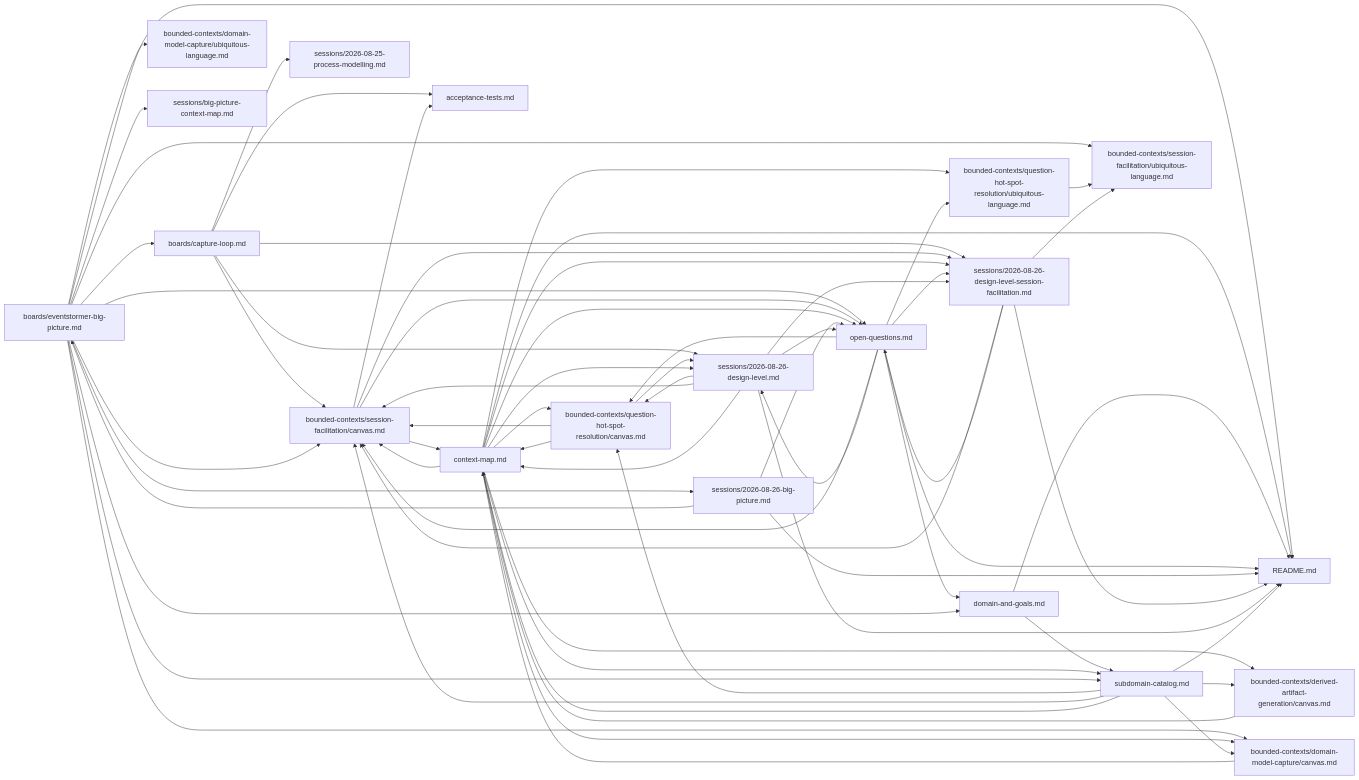
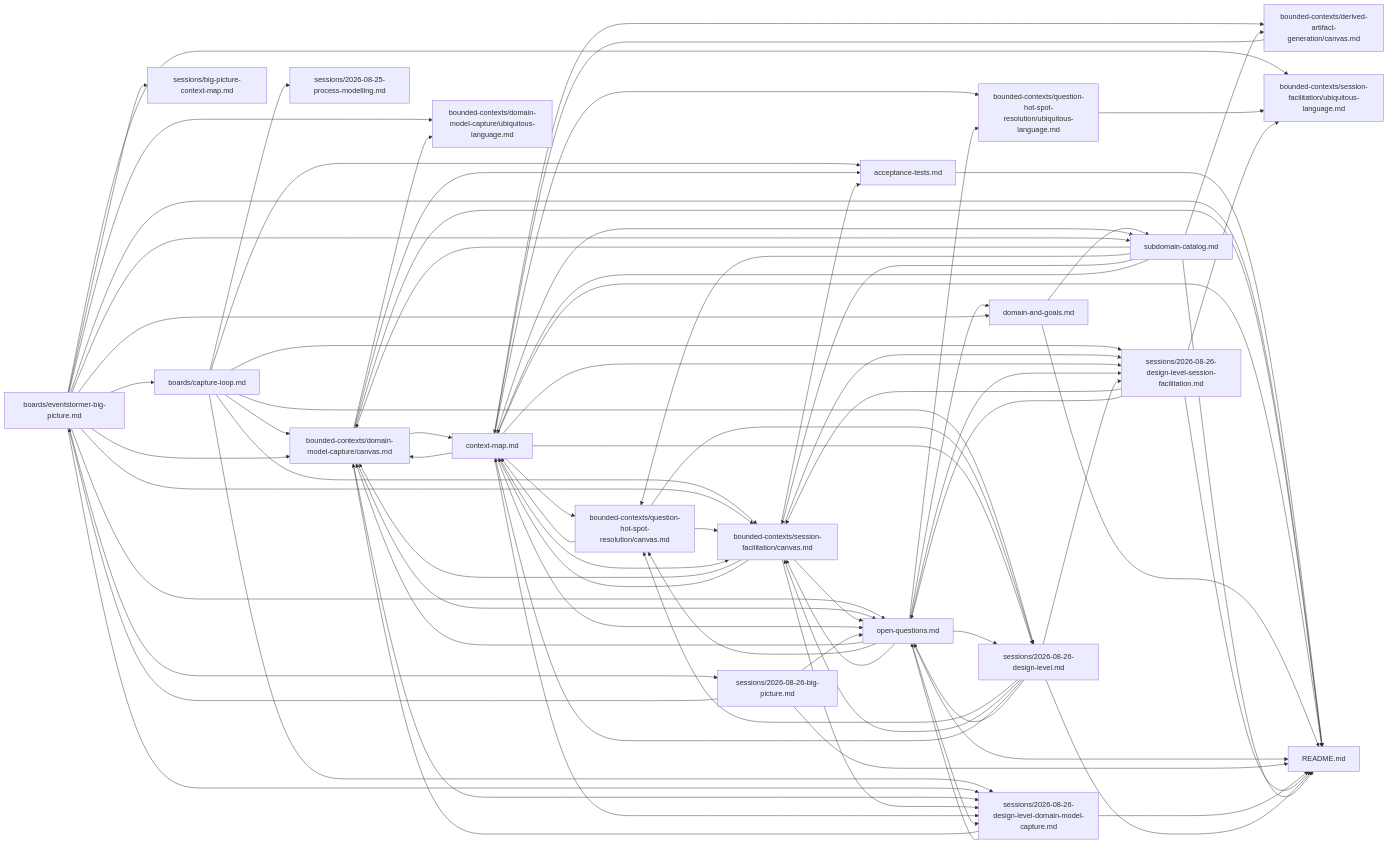
Before and after one commit to vinialbano/eventstormer: the diagram in docs/domain/README.md, drawn with Mermaid. The commit also changed other lines of this file and 8 other files, not shown here.

First line of the commit message:
docs: Design-Level EventStorming on Domain Model Capture (#7)

````diff
--- a/docs/domain/README.md
+++ b/docs/domain/README.md
@@ -199,23 +238,32 @@
 ```mermaid
 graph LR
+  acceptance_tests_md["acceptance-tests.md"] --> README_md["README.md"]
   boards_eventstormer_big_picture_md["boards/eventstormer-big-picture.md"] --> README_md["README.md"]
+  bounded_contexts_domain_model_capture_canvas_md["bounded-contexts/domain-model-capture/canvas.md"] --> README_md["README.md"]
   context_map_md["context-map.md"] --> README_md["README.md"]
   domain_and_goals_md["domain-and-goals.md"] --> README_md["README.md"]
   open_questions_md["open-questions.md"] --> README_md["README.md"]
   sessions_2026_08_26_big_picture_md["sessions/2026-08-26-big-picture.md"] --> README_md["README.md"]
+  sessions_2026_08_26_design_level_domain_model_capture_md["sessions/2026-08-26-design-level-domain-model-capture.md"] --> README_md["README.md"]
   sessions_2026_08_26_design_level_session_facilitation_md["sessions/2026-08-26-design-level-session-facilitation.md"] --> README_md["README.md"]
   sessions_2026_08_26_design_level_md["sessions/2026-08-26-design-level.md"] --> README_md["README.md"]
   subdomain_catalog_md["subdomain-catalog.md"] --> README_md["README.md"]
   boards_capture_loop_md["boards/capture-loop.md"] --> acceptance_tests_md["acceptance-tests.md"]
+  bounded_contexts_domain_model_capture_canvas_md["bounded-contexts/domain-model-capture/canvas.md"] --> acceptance_tests_md["acceptance-tests.md"]
   bounded_contexts_session_facilitation_canvas_md["bounded-contexts/session-facilitation/canvas.md"] --> acceptance_tests_md["acceptance-tests.md"]
   boards_eventstormer_big_picture_md["boards/eventstormer-big-picture.md"] --> boards_capture_loop_md["boards/capture-loop.md"]
   sessions_2026_08_26_big_picture_md["sessions/2026-08-26-big-picture.md"] --> boards_eventstormer_big_picture_md["boards/eventstormer-big-picture.md"]
   context_map_md["context-map.md"] --> bounded_contexts_derived_artifact_generation_canvas_md["bounded-contexts/derived-artifact-generation/canvas.md"]
   subdomain_catalog_md["subdomain-catalog.md"] --> bounded_contexts_derived_artifact_generation_canvas_md["bounded-contexts/derived-artifact-generation/canvas.md"]
+  boards_capture_loop_md["boards/capture-loop.md"] --> bounded_contexts_domain_model_capture_canvas_md["bounded-contexts/domain-model-capture/canvas.md"]
   boards_eventstormer_big_picture_md["boards/eventstormer-big-picture.md"] --> bounded_contexts_domain_model_capture_canvas_md["bounded-contexts/domain-model-capture/canvas.md"]
+  bounded_contexts_session_facilitation_canvas_md["bounded-contexts/session-facilitation/canvas.md"] --> bounded_contexts_domain_model_capture_canvas_md["bounded-contexts/domain-model-capture/canvas.md"]
   context_map_md["context-map.md"] --> bounded_contexts_domain_model_capture_canvas_md["bounded-contexts/domain-model-capture/canvas.md"]
+  open_questions_md["open-questions.md"] --> bounded_contexts_domain_model_capture_canvas_md["bounded-contexts/domain-model-capture/canvas.md"]
+  sessions_2026_08_26_design_level_domain_model_capture_md["sessions/2026-08-26-design-level-domain-model-capture.md"] --> bounded_contexts_domain_model_capture_canvas_md["bounded-contexts/domain-model-capture/canvas.md"]
   subdomain_catalog_md["subdomain-catalog.md"] --> bounded_contexts_domain_model_capture_canvas_md["bounded-contexts/domain-model-capture/canvas.md"]
   boards_eventstormer_big_picture_md["boards/eventstormer-big-picture.md"] --> bounded_contexts_domain_model_capture_ubiquitous_language_md["bounded-contexts/domain-model-capture/ubiquitous-language.md"]
+  bounded_contexts_domain_model_capture_canvas_md["bounded-contexts/domain-model-capture/canvas.md"] --> bounded_contexts_domain_model_capture_ubiquitous_language_md["bounded-contexts/domain-model-capture/ubiquitous-language.md"]
   context_map_md["context-map.md"] --> bounded_contexts_question_hot_spot_resolution_canvas_md["bounded-contexts/question-hot-spot-resolution/canvas.md"]
   open_questions_md["open-questions.md"] --> bounded_contexts_question_hot_spot_resolution_canvas_md["bounded-contexts/question-hot-spot-resolution/canvas.md"]
   sessions_2026_08_26_design_level_md["sessions/2026-08-26-design-level.md"] --> bounded_contexts_question_hot_spot_resolution_canvas_md["bounded-contexts/question-hot-spot-resolution/canvas.md"]
@@ -242,13 +290,21 @@
   open_questions_md["open-questions.md"] --> domain_and_goals_md["domain-and-goals.md"]
   boards_eventstormer_big_picture_md["boards/eventstormer-big-picture.md"] --> domain_and_goals_md["domain-and-goals.md"]
   boards_eventstormer_big_picture_md["boards/eventstormer-big-picture.md"] --> open_questions_md["open-questions.md"]
+  bounded_contexts_domain_model_capture_canvas_md["bounded-contexts/domain-model-capture/canvas.md"] --> open_questions_md["open-questions.md"]
   bounded_contexts_session_facilitation_canvas_md["bounded-contexts/session-facilitation/canvas.md"] --> open_questions_md["open-questions.md"]
   context_map_md["context-map.md"] --> open_questions_md["open-questions.md"]
   sessions_2026_08_26_big_picture_md["sessions/2026-08-26-big-picture.md"] --> open_questions_md["open-questions.md"]
+  sessions_2026_08_26_design_level_domain_model_capture_md["sessions/2026-08-26-design-level-domain-model-capture.md"] --> open_questions_md["open-questions.md"]
   sessions_2026_08_26_design_level_session_facilitation_md["sessions/2026-08-26-design-level-session-facilitation.md"] --> open_questions_md["open-questions.md"]
   sessions_2026_08_26_design_level_md["sessions/2026-08-26-design-level.md"] --> open_questions_md["open-questions.md"]
   boards_capture_loop_md["boards/capture-loop.md"] --> sessions_2026_08_25_process_modelling_md["sessions/2026-08-25-process-modelling.md"]
   boards_eventstormer_big_picture_md["boards/eventstormer-big-picture.md"] --> sessions_2026_08_26_big_picture_md["sessions/2026-08-26-big-picture.md"]
+  boards_capture_loop_md["boards/capture-loop.md"] --> sessions_2026_08_26_design_level_domain_model_capture_md["sessions/2026-08-26-design-level-domain-model-capture.md"]
+  boards_eventstormer_big_picture_md["boards/eventstormer-big-picture.md"] --> sessions_2026_08_26_design_level_domain_model_capture_md["sessions/2026-08-26-design-level-domain-model-capture.md"]
+  bounded_contexts_domain_model_capture_canvas_md["bounded-contexts/domain-model-capture/canvas.md"] --> sessions_2026_08_26_design_level_domain_model_capture_md["sessions/2026-08-26-design-level-domain-model-capture.md"]
+  bounded_contexts_session_facilitation_canvas_md["bounded-contexts/session-facilitation/canvas.md"] --> sessions_2026_08_26_design_level_domain_model_capture_md["sessions/2026-08-26-design-level-domain-model-capture.md"]
+  context_map_md["context-map.md"] --> sessions_2026_08_26_design_level_domain_model_capture_md["sessions/2026-08-26-design-level-domain-model-capture.md"]
+  open_questions_md["open-questions.md"] --> sessions_2026_08_26_design_level_domain_model_capture_md["sessions/2026-08-26-design-level-domain-model-capture.md"]
   boards_capture_loop_md["boards/capture-loop.md"] --> sessions_2026_08_26_design_level_session_facilitation_md["sessions/2026-08-26-design-level-session-facilitation.md"]
   bounded_contexts_session_facilitation_canvas_md["bounded-contexts/session-facilitation/canvas.md"] --> sessions_2026_08_26_design_level_session_facilitation_md["sessions/2026-08-26-design-level-session-facilitation.md"]
   context_map_md["context-map.md"] --> sessions_2026_08_26_design_level_session_facilitation_md["sessions/2026-08-26-design-level-session-facilitation.md"]
````
